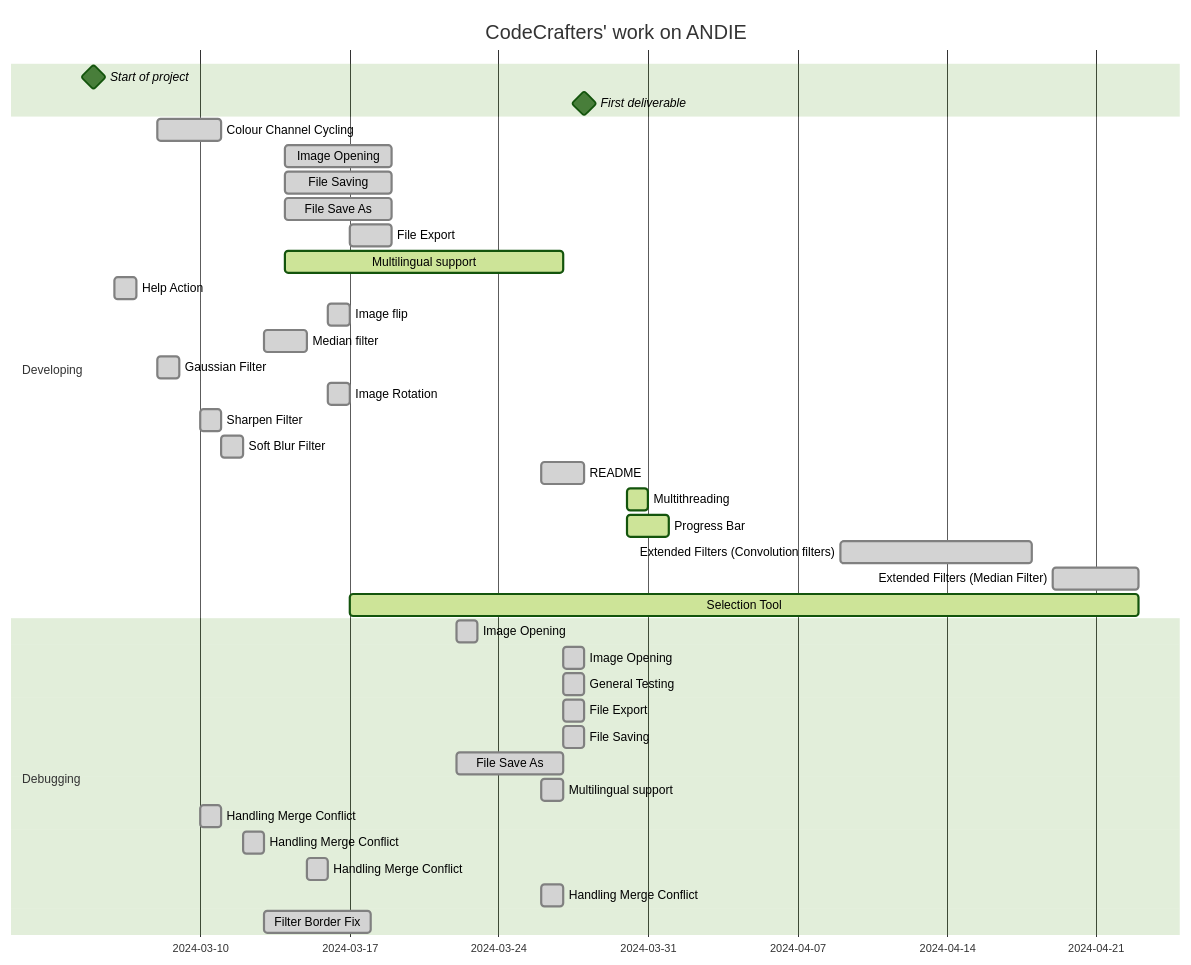
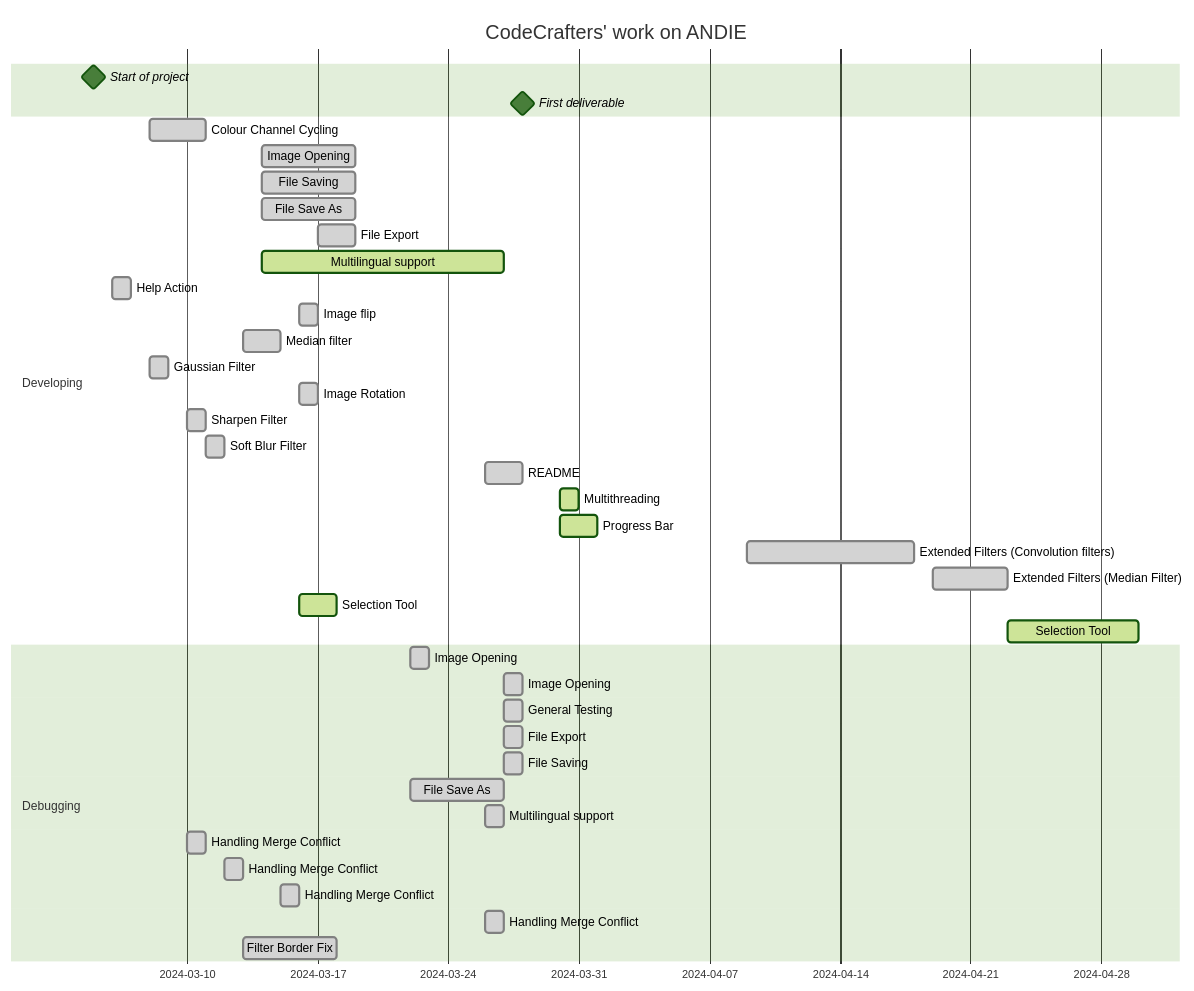
Before and after one commit to greateden/ANDIE-CodeCrafters: the diagram in README.md, drawn with Mermaid.

Commit message:
README updated

````diff
--- a/README.md
+++ b/README.md
@@ -131,51 +131,52 @@
 ```mermaid
 
 %% CodeCrafters' Gantt Chart for our work on ANDIE
 %%{init: {'theme':'forest'}}%%
         gantt
         title CodeCrafters' work on ANDIE
         dateFormat  DD-MM-YYYY
         Start of project: milestone, m1,05-03-2024, 
         First deliverable: milestone, m2, 28-03-2024,
 
         section Developing
             Colour Channel Cycling              :done, des1, 08-03-2024, 3d
             Image Opening                       :done,  des2, 14-03-2024, 19-03-2024
             File Saving                         :done,  des2, 14-03-2024, 19-03-2024
             File Save As                        :done,  des2, 14-03-2024, 19-03-2024
             File Export                         :done,  des2, 17-03-2024, 19-03-2024
             Multilingual support                :active, des2, 14-03-2024, 27-03-2024
             Help Action                         :done, des1, 06-03-2024, 07-03-2024
             Image flip                          :done, des1, 16-03-2024, 17-03-2024
             Median filter                       :done, des2, 13-03-2024, 15-03-2024
             Gaussian Filter               :done, 08-03-2024, 09-03-2024
             Image Rotation                :done, 16-03-2024, 17-03-2024
             Sharpen Filter                 :done, des2, 10-03-2024, 11-03-2024
             Soft Blur Filter               :done, des2, 11-03-2024, 12-03-2024
             README                         :done, des2, 26-03-2024, 28-03-2024
             Multithreading                :active, des2, 30-03-2024, 31-03-2024
             Progress Bar                   :active, des2, 30-03-2024, 01-04-2024
             Extended Filters (Convolution filters) :done, des2, 09-04-2024, 18-04-2024 
             Extended Filters (Median Filter) :done, des2, 19-04-2024, 23-04-2024
-            Selection Tool                 :active, des2, 17-03-2024, 23-04-2024
+            Selection Tool                 :active, des2, 16-03-2024, 18-03-2024
+            Selection Tool                 :active, des2, 23-04-2024, 30-04-2024
 
 
 
 
         section Debugging
             Image Opening                      :done , 22-03-2024, 23-03-2024
             Image Opening                      :done , 27-03-2024, 28-03-2024
             General Testing                    :done, 27-03-2024, 28-03-2024
             File Export                         :done, 27-03-2024, 28-03-2024
             File Saving                         :done, 27-03-2024, 28-03-2024
             File Save As                        :done, 22-03-2024, 27-03-2024
             Multilingual support                :done, 26-03-2024, 27-03-2024
             Handling Merge Conflict             :done, 10-03-2024, 11-03-2024
             Handling Merge Conflict             :done, 12-03-2024, 13-03-2024
             Handling Merge Conflict             :done, 15-03-2024, 16-03-2024
             Handling Merge Conflict             :done, 26-03-2024, 27-03-2024
             Filter Border Fix                   :done, 13-03-2024, 18-03-2024
 
 
 
 ```
````
